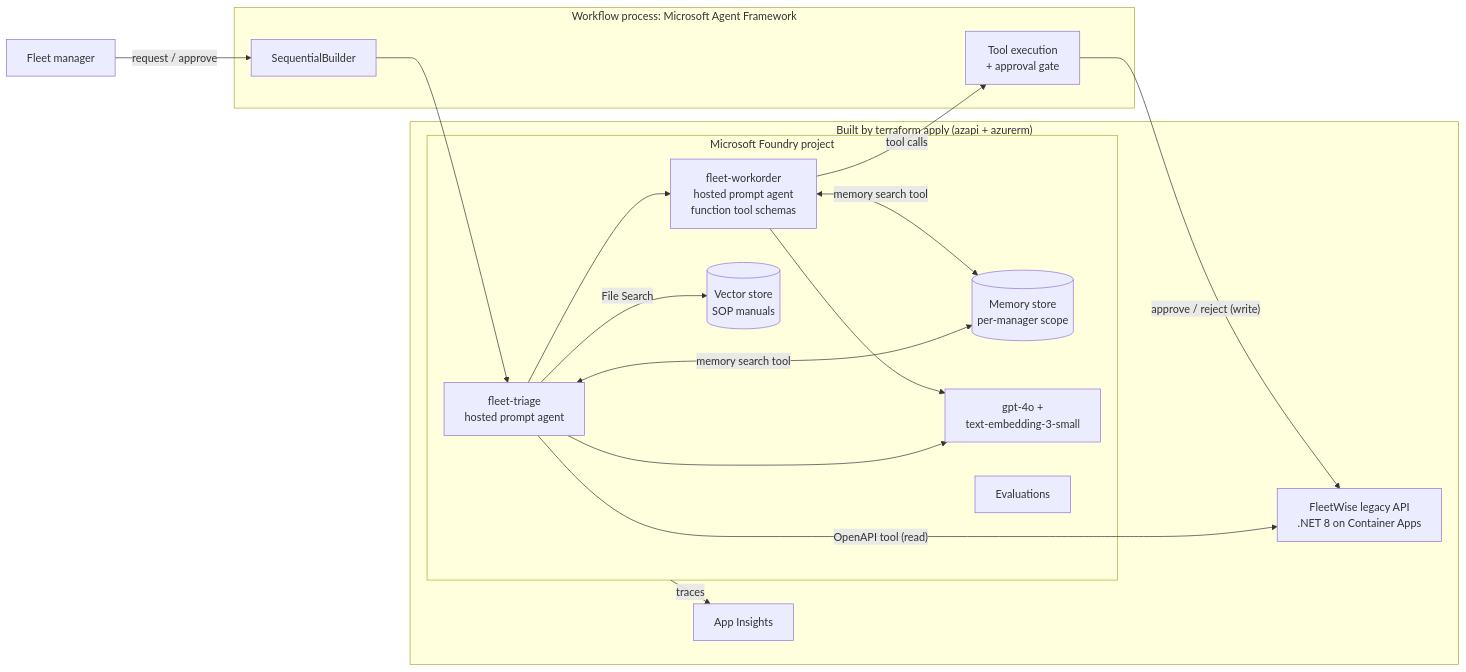
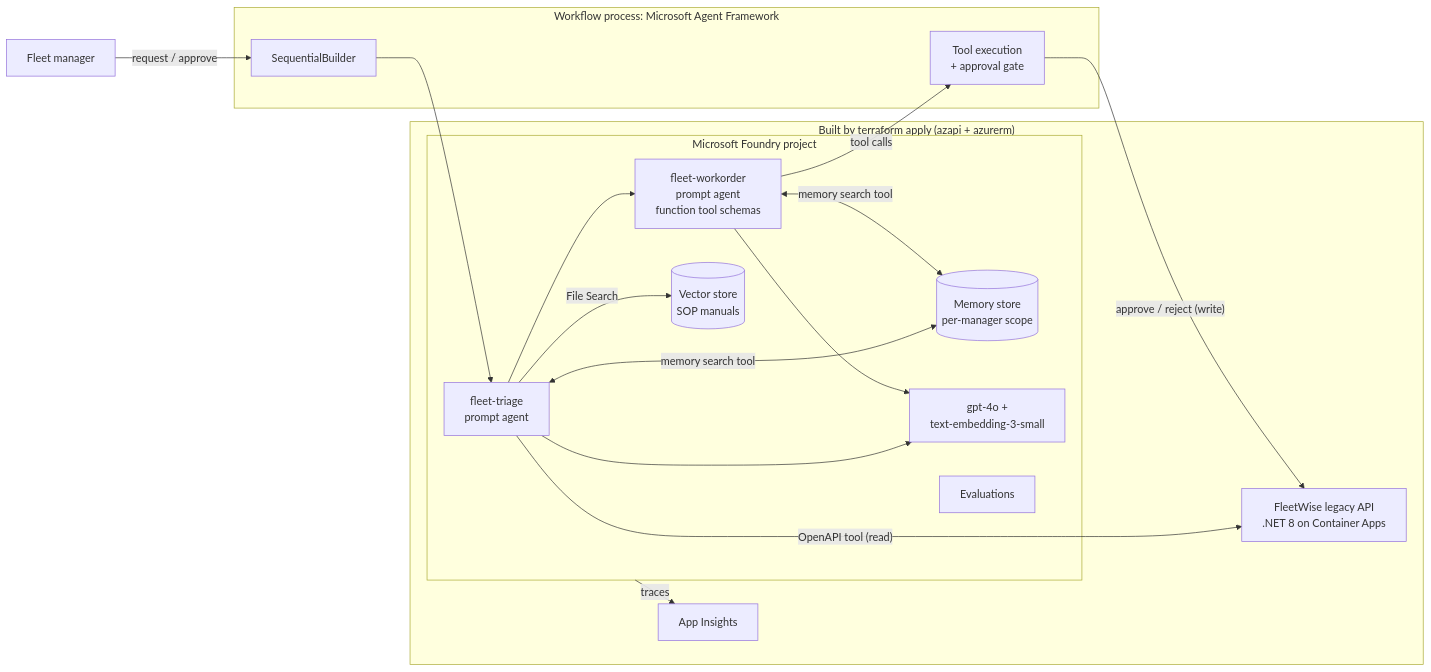
One commit to hkaanturgut/foundry-fleetwise-agents changed the first of 6 diagrams in README.md. Above: the diagram before and after it, drawn with Mermaid. The commit also changed other lines of this file and 18 other files, not shown here.

First line of the commit message:
README: Foundry portal screenshots for agents, memory, evals, traces; Agent Framework; prompt vs hosted agents; references

````diff
--- a/README.md
+++ b/README.md
@@ -38,29 +38,29 @@
 ```mermaid
 flowchart LR
     Mgr["Fleet manager"]
     subgraph Proc["Workflow process: Microsoft Agent Framework"]
         SEQ["SequentialBuilder"]
         EXE["Tool execution<br/>+ approval gate"]
     end
     subgraph TF["Built by terraform apply (azapi + azurerm)"]
         subgraph F["Microsoft Foundry project"]
-            TRI["fleet-triage<br/>hosted prompt agent"]
-            WO["fleet-workorder<br/>hosted prompt agent<br/>function tool schemas"]
+            TRI["fleet-triage<br/>prompt agent"]
+            WO["fleet-workorder<br/>prompt agent<br/>function tool schemas"]
             MEM[("Memory store<br/>per-manager scope")]
             VS[("Vector store<br/>SOP manuals")]
             MD["gpt-4o +<br/>text-embedding-3-small"]
             EV["Evaluations"]
         end
         API["FleetWise legacy API<br/>.NET 8 on Container Apps"]
         AI["App Insights"]
     end
     Mgr -- "request / approve" --> SEQ
     SEQ --> TRI --> WO
     TRI -- "OpenAPI tool (read)" --> API
     TRI -- "File Search" --> VS
     WO -- "tool calls" --> EXE
     EXE -- "approve / reject (write)" --> API
     TRI & WO <-- "memory search tool" --> MEM
     TRI & WO --> MD
     F -- traces --> AI
 ```
````
